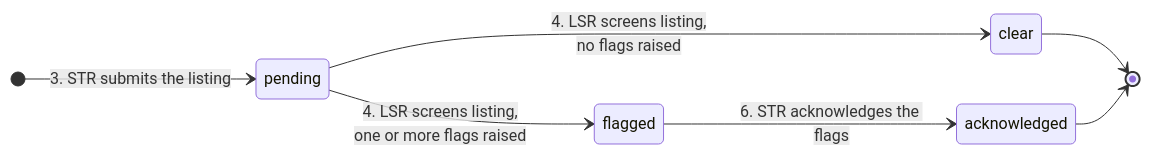
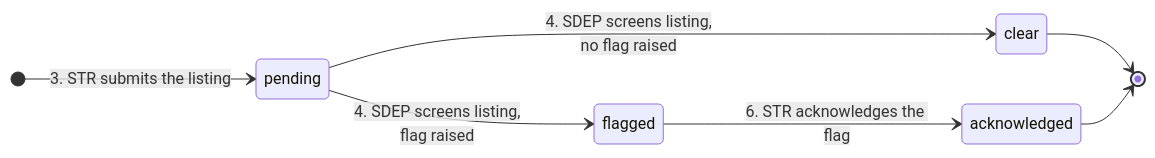
Before and after one commit to SEMICeu/sdep: the second of 2 diagrams in docs/LISTING.md, drawn with Mermaid. The commit also changed other lines of this file and 13 other files, not shown here.

````diff
--- a/docs/LISTING.md
+++ b/docs/LISTING.md
@@ -92,11 +92,11 @@
 ```mermaid
 stateDiagram-v2
     direction LR
 
     [*] --> pending: 3. STR submits the listing
-    pending --> clear: 4. LSR screens listing,<br/>no flags raised
-    pending --> flagged: 4. LSR screens listing,<br/>one or more flags raised
-    flagged --> acknowledged: 6. STR acknowledges the flags
+    pending --> clear: 4. SDEP screens listing,<br/>no flag raised
+    pending --> flagged: 4. SDEP screens listing,<br/>flag raised
+    flagged --> acknowledged: 6. STR acknowledges the flag
     clear --> [*]
     acknowledged --> [*]
 ```
````
